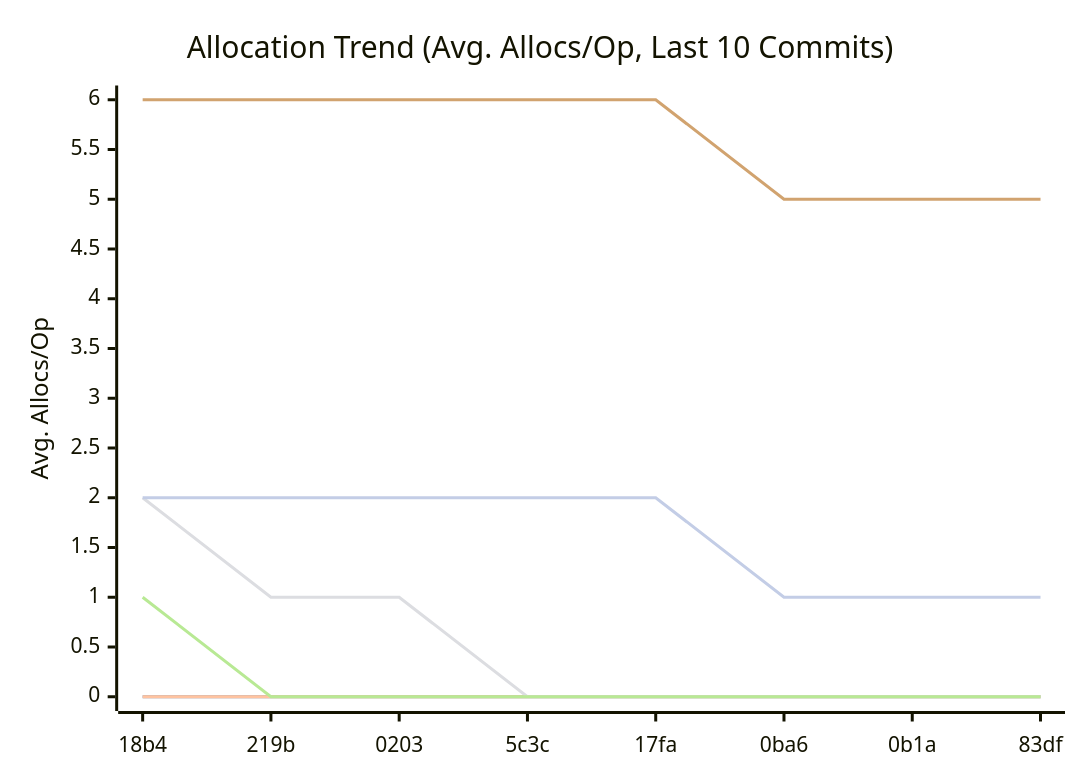
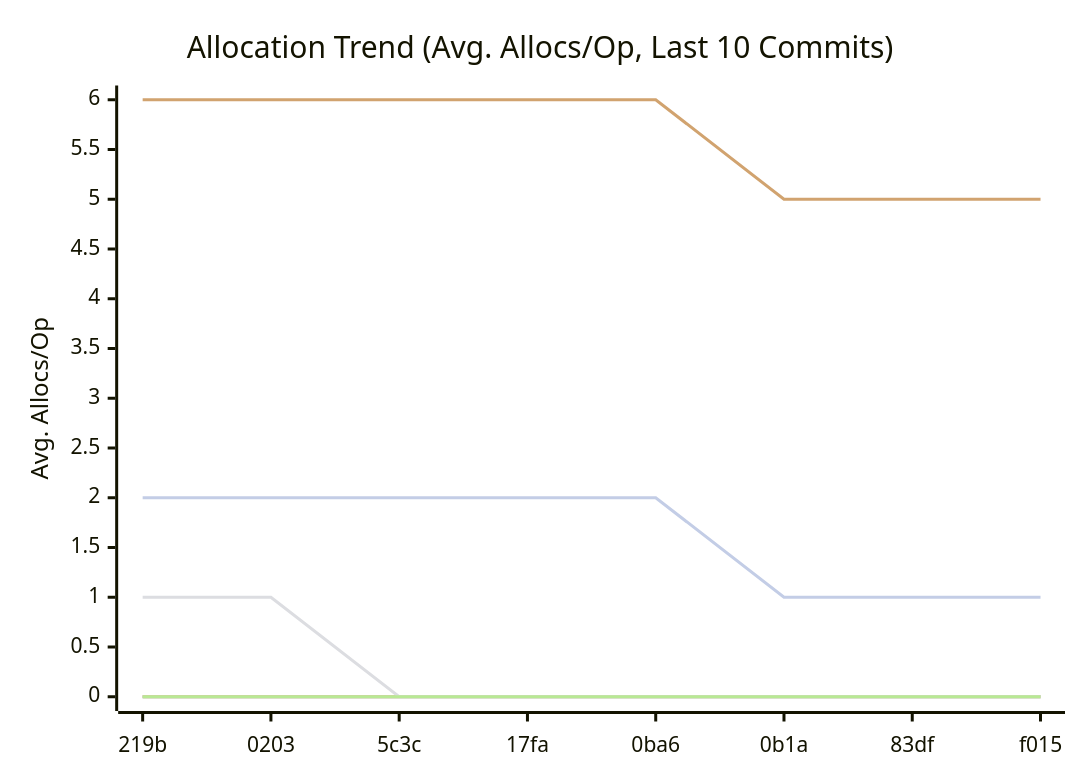
One commit to alsotoes/momo changed the third of 3 diagrams in docs/README.md. Above: the diagram before and after it, drawn with Mermaid. The commit also changed other lines of this file and 1 other file, not shown here.

````diff
--- a/docs/README.md
+++ b/docs/README.md
@@ -218,14 +218,14 @@
 ```mermaid
 xychart-beta
     title "Allocation Trend (Avg. Allocs/Op, Last 10 Commits)"
     x-axis "Commit"
     y-axis "Avg. Allocs/Op"
-    x-axis [18b4,219b,0203,5c3c,17fa,0ba6,0b1a,83df]
+    x-axis [219b,0203,5c3c,17fa,0ba6,0b1a,83df,f015]
     line "CheckMetricsAndSwap" [0,0,0,0,0,0,0,0,0,0]
     line "IndexDirectTracking" [0,0,0,0,0,0,0,0,0,0]
     line "IndexSearch" [0,0,0,0,0,0,0,0,0,0]
-    line "LoadGlobalConfig" [2,1,1,0,0,0,0,0,0,0]
-    line "PadString" [1,0,0,0,0,0,0,0,0,0]
+    line "LoadGlobalConfig" [1,1,0,0,0,0,0,0,0,0]
+    line "PadString" [0,0,0,0,0,0,0,0,0,0]
     line "ParseReplicationOrder_NoPrealloc" [6,6,6,6,6,5,5,5,5,5]
     line "ParseReplicationOrder_Prealloc" [2,2,2,2,2,1,1,1,1,1]
 ```
````
